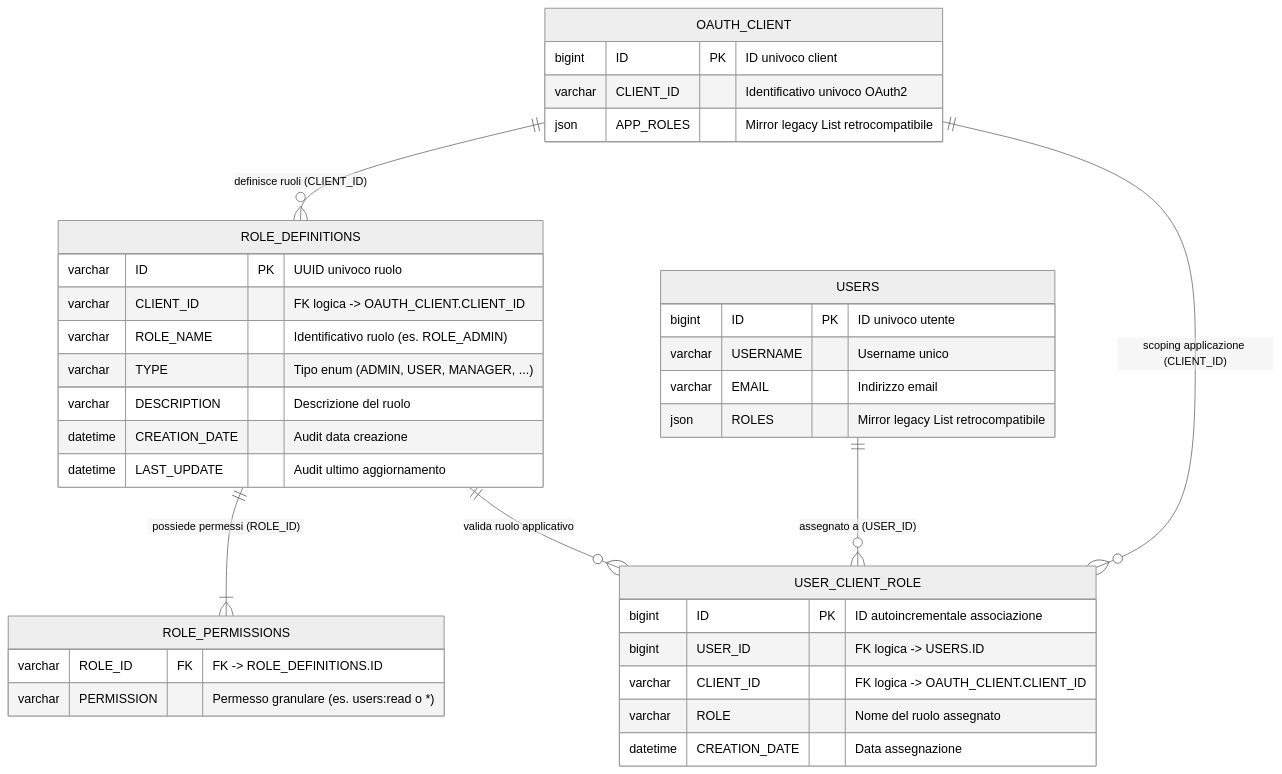
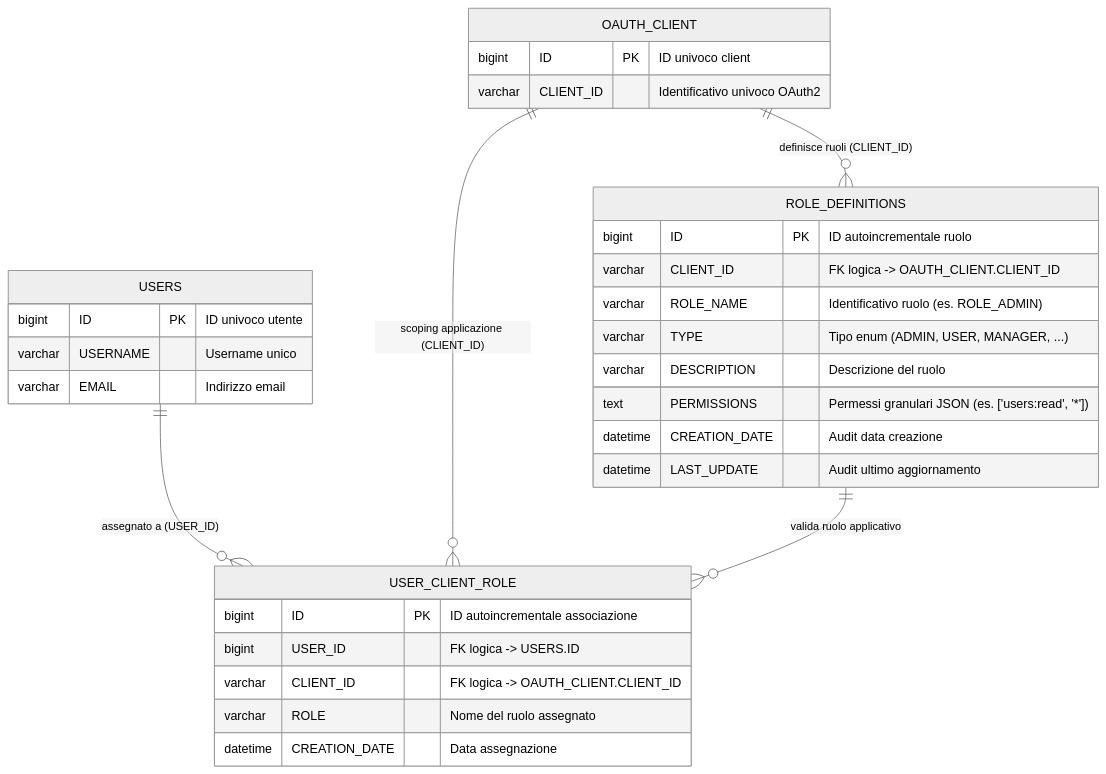
Before and after one commit to giovannilamarmoraproject/Access-Sphere: the second of 2 diagrams in README.md, drawn with Mermaid (neutral theme). The commit also changed other lines of this file and 10 other files, not shown here.

First line of the commit message:
refactor(roles): 🧹 embed permissions in ROLE_DEFINITIONS and remove legacy roles

````diff
--- a/README.md
+++ b/README.md
@@ -148,44 +148,37 @@
 ```mermaid
 erDiagram
     OAUTH_CLIENT ||--o{ ROLE_DEFINITIONS : "definisce ruoli (CLIENT_ID)"
-    ROLE_DEFINITIONS ||--|{ ROLE_PERMISSIONS : "possiede permessi (ROLE_ID)"
     USERS ||--o{ USER_CLIENT_ROLE : "assegnato a (USER_ID)"
     OAUTH_CLIENT ||--o{ USER_CLIENT_ROLE : "scoping applicazione (CLIENT_ID)"
     ROLE_DEFINITIONS ||--o{ USER_CLIENT_ROLE : "valida ruolo applicativo"
 
     ROLE_DEFINITIONS {
-        varchar ID PK "UUID univoco ruolo"
+        bigint ID PK "ID autoincrementale ruolo"
         varchar CLIENT_ID "FK logica -> OAUTH_CLIENT.CLIENT_ID"
         varchar ROLE_NAME "Identificativo ruolo (es. ROLE_ADMIN)"
         varchar TYPE "Tipo enum (ADMIN, USER, MANAGER, ...)"
         varchar DESCRIPTION "Descrizione del ruolo"
+        text PERMISSIONS "Permessi granulari JSON (es. ['users:read', '*'])"
         datetime CREATION_DATE "Audit data creazione"
         datetime LAST_UPDATE "Audit ultimo aggiornamento"
-    }
-
-    ROLE_PERMISSIONS {
-        varchar ROLE_ID FK "FK -> ROLE_DEFINITIONS.ID"
-        varchar PERMISSION "Permesso granulare (es. users:read o *)"
     }
 
     USER_CLIENT_ROLE {
         bigint ID PK "ID autoincrementale associazione"
         bigint USER_ID "FK logica -> USERS.ID"
         varchar CLIENT_ID "FK logica -> OAUTH_CLIENT.CLIENT_ID"
         varchar ROLE "Nome del ruolo assegnato"
         datetime CREATION_DATE "Data assegnazione"
     }
 
     USERS {
         bigint ID PK "ID univoco utente"
         varchar USERNAME "Username unico"
         varchar EMAIL "Indirizzo email"
-        json ROLES "Mirror legacy List<String> retrocompatibile"
     }
 
     OAUTH_CLIENT {
         bigint ID PK "ID univoco client"
         varchar CLIENT_ID "Identificativo univoco OAuth2"
-        json APP_ROLES "Mirror legacy List<RoleDefinition> retrocompatibile"
     }
 ```
````
